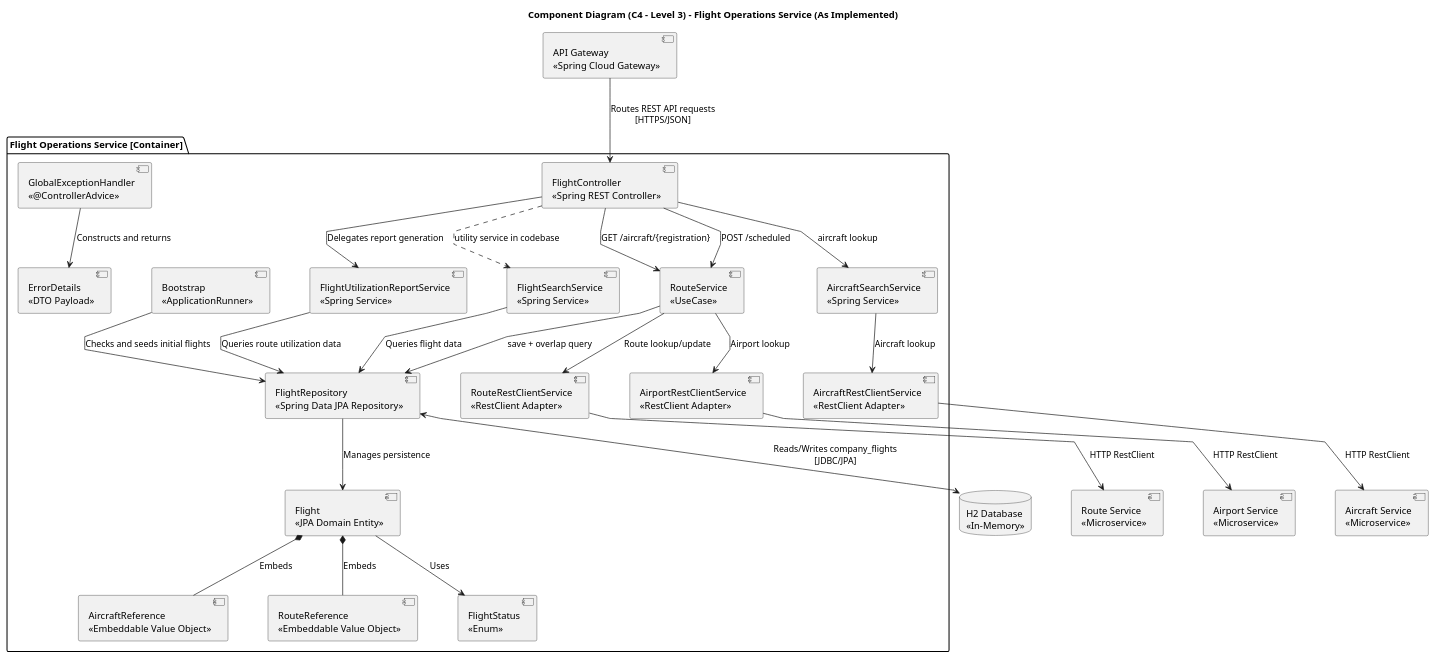
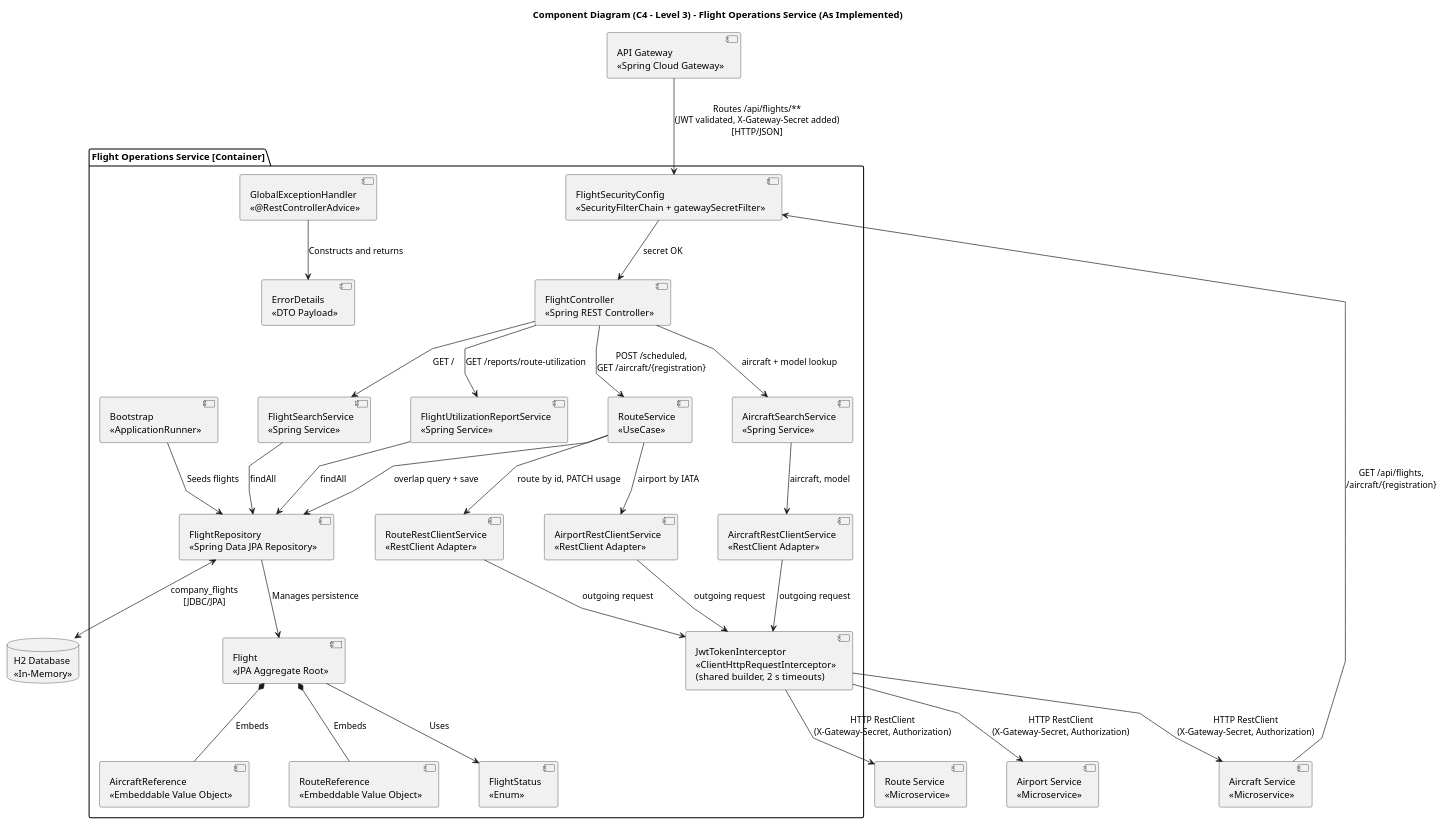
One commit to 8126Lucas/SIDIS_G6_3DA changed the diagram in flight-service/docs/architecture/architecture-c4-level3.puml. Above: the diagram before and after it, drawn with PlantUML. The commit also changed 52 other files, not shown here.

First line of the commit message:
Enhance API Specification and Architecture Documentation

```diff
--- a/flight-service/docs/architecture/architecture-c4-level3.puml
+++ b/flight-service/docs/architecture/architecture-c4-level3.puml
@@ -1,72 +1,77 @@
 @startuml
 skinparam linetype polyline
 skinparam nodesep 60
 skinparam ranksep 70
 skinparam shadowing false
 skinparam componentStyle uml2
 
 title Component Diagram (C4 - Level 3) - Flight Operations Service (As Implemented)
 
 component "API Gateway\n<<Spring Cloud Gateway>>" as api_gateway
 database "H2 Database\n<<In-Memory>>" as flight_db
 component "Aircraft Service\n<<Microservice>>" as aircraft_service
 component "Route Service\n<<Microservice>>" as route_service
 component "Airport Service\n<<Microservice>>" as airport_service
 
 package "Flight Operations Service [Container]" {
+    component "FlightSecurityConfig\n<<SecurityFilterChain + gatewaySecretFilter>>" as security_filter
     component "FlightController\n<<Spring REST Controller>>" as flight_controller
 
     component "RouteService\n<<UseCase>>" as route_svc
     component "AircraftSearchService\n<<Spring Service>>" as aircraft_search_svc
     component "FlightSearchService\n<<Spring Service>>" as flight_search_svc
     component "FlightUtilizationReportService\n<<Spring Service>>" as flight_report_svc
 
     component "RouteRestClientService\n<<RestClient Adapter>>" as route_client
     component "AircraftRestClientService\n<<RestClient Adapter>>" as aircraft_client
     component "AirportRestClientService\n<<RestClient Adapter>>" as airport_client
+    component "JwtTokenInterceptor\n<<ClientHttpRequestInterceptor>>\n(shared builder, 2 s timeouts)" as jwt_interceptor
 
     component "Bootstrap\n<<ApplicationRunner>>" as bootstrapper
 
     component "FlightRepository\n<<Spring Data JPA Repository>>" as flight_repo
 
-    component "Flight\n<<JPA Domain Entity>>" as flight_entity
+    component "Flight\n<<JPA Aggregate Root>>" as flight_entity
     component "AircraftReference\n<<Embeddable Value Object>>" as aircraft_ref
     component "RouteReference\n<<Embeddable Value Object>>" as route_ref
     component "FlightStatus\n<<Enum>>" as flight_status
 
-    component "GlobalExceptionHandler\n<<@ControllerAdvice>>" as exception_handler
+    component "GlobalExceptionHandler\n<<@RestControllerAdvice>>" as exception_handler
     component "ErrorDetails\n<<DTO Payload>>" as error_details
 }
 
-api_gateway --> flight_controller : "Routes REST API requests\n[HTTPS/JSON]"
+api_gateway --> security_filter : "Routes /api/flights/**\n(JWT validated, X-Gateway-Secret added)\n[HTTP/JSON]"
+aircraft_service --> security_filter : "GET /api/flights,\n/aircraft/{registration}"
+security_filter --> flight_controller : "secret OK"
 
-flight_controller --> route_svc : "POST /scheduled"
-flight_controller --> aircraft_search_svc : "aircraft lookup"
-flight_controller --> flight_report_svc : "Delegates report generation"
-flight_controller --> route_svc : "GET /aircraft/{registration}"
-flight_controller ..> flight_search_svc : "utility service in codebase"
+flight_controller --> aircraft_search_svc : "aircraft + model lookup"
+flight_controller --> route_svc : "POST /scheduled,\nGET /aircraft/{registration}"
+flight_controller --> flight_search_svc : "GET /"
+flight_controller --> flight_report_svc : "GET /reports/route-utilization"
 
-route_svc --> route_client : "Route lookup/update"
-route_svc --> airport_client : "Airport lookup"
-aircraft_search_svc --> aircraft_client : "Aircraft lookup"
-
-route_svc --> flight_repo : "save + overlap query"
-flight_search_svc --> flight_repo : "Queries flight data"
-flight_report_svc --> flight_repo : "Queries route utilization data"
-bootstrapper --> flight_repo : "Checks and seeds initial flights"
+aircraft_search_svc --> aircraft_client : "aircraft, model"
+route_svc --> route_client : "route by id, PATCH usage"
+route_svc --> airport_client : "airport by IATA"
+route_svc --> flight_repo : "overlap query + save"
+flight_search_svc --> flight_repo : "findAll"
+flight_report_svc --> flight_repo : "findAll"
+bootstrapper --> flight_repo : "Seeds flights"
 
 flight_repo --> flight_entity : "Manages persistence"
 
 flight_entity *-- aircraft_ref : "Embeds"
 flight_entity *-- route_ref : "Embeds"
 flight_entity --> flight_status : "Uses"
 
-flight_repo <--> flight_db : "Reads/Writes company_flights\n[JDBC/JPA]"
+flight_repo <--> flight_db : "company_flights\n[JDBC/JPA]"
 
 exception_handler --> error_details : "Constructs and returns"
 
-route_client --> route_service : "HTTP RestClient"
-aircraft_client --> aircraft_service : "HTTP RestClient"
-airport_client --> airport_service : "HTTP RestClient"
+aircraft_client --> jwt_interceptor : "outgoing request"
+route_client --> jwt_interceptor : "outgoing request"
+airport_client --> jwt_interceptor : "outgoing request"
+jwt_interceptor --> aircraft_service : "HTTP RestClient\n(X-Gateway-Secret, Authorization)"
+jwt_interceptor --> route_service : "HTTP RestClient\n(X-Gateway-Secret, Authorization)"
+jwt_interceptor --> airport_service : "HTTP RestClient\n(X-Gateway-Secret, Authorization)"
 
 @enduml
```
